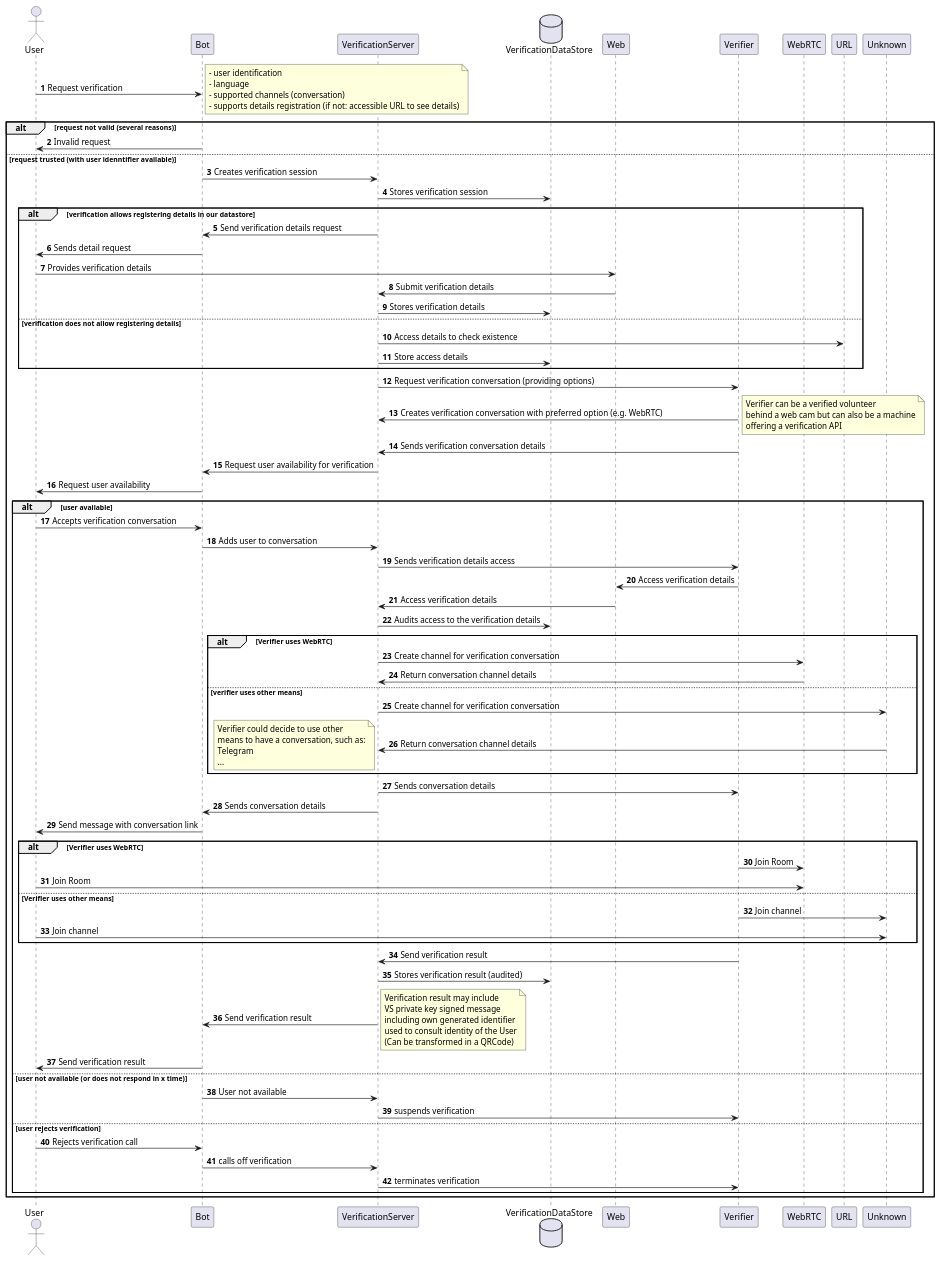
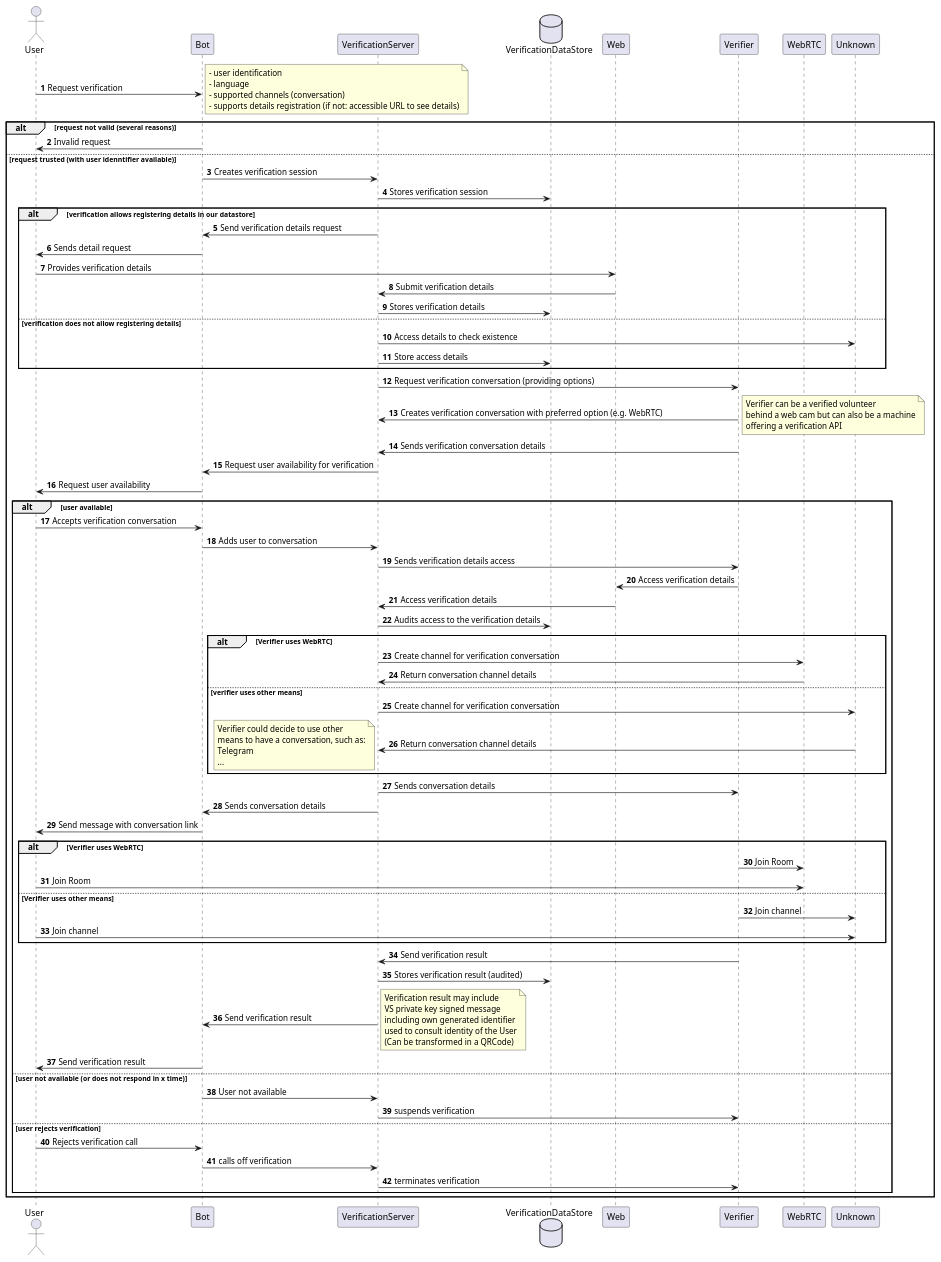
One commit to etux/verification-server changed the diagram in docs/diagrams/sequence_diagram_verificatoin.puml. Above: the diagram before and after it, drawn with PlantUML. The commit also changed 5 other files, not shown here.

```diff
--- a/docs/diagrams/sequence_diagram_verificatoin.puml
+++ b/docs/diagrams/sequence_diagram_verificatoin.puml
@@ -1,98 +1,98 @@
 @startuml
 autonumber
 
 actor User
 
 participant Bot
 
 participant VerificationServer as VS
 database VerificationDataStore as VSDS
 
 participant Web
 participant Verifier
 participant WebRTC
 
 User -> Bot: Request verification
 note right
 - user identification
 - language
 - supported channels (conversation)
 - supports details registration (if not: accessible URL to see details)
 endnote
 alt request not valid (several reasons)
     Bot -> User: Invalid request
 else request trusted (with user idenntifier available)
     Bot -> VS: Creates verification session
     VS -> VSDS: Stores verification session
     alt verification allows registering details in our datastore
         VS -> Bot: Send verification details request
         Bot -> User: Sends detail request
         User -> Web: Provides verification details
         Web -> VS: Submit verification details
         VS -> VSDS: Stores verification details
     else verification does not allow registering details
-        VS -> URL: Access details to check existence
+        VS -> Unknown: Access details to check existence
         VS -> VSDS: Store access details
     end
     VS -> Verifier: Request verification conversation (providing options)
     Verifier -> VS: Creates verification conversation with preferred option (e.g. WebRTC)
     note right
     Verifier can be a verified volunteer
     behind a web cam but can also be a machine
     offering a verification API
     endnote
     Verifier -> VS: Sends verification conversation details
     VS -> Bot: Request user availability for verification
     Bot -> User: Request user availability
     alt user available
         User -> Bot: Accepts verification conversation
         Bot -> VS: Adds user to conversation
         VS -> Verifier: Sends verification details access
         Verifier -> Web: Access verification details
         Web -> VS: Access verification details
         VS -> VSDS: Audits access to the verification details
         alt Verifier uses WebRTC
             VS -> WebRTC: Create channel for verification conversation
             WebRTC -> VS: Return conversation channel details
         else verifier uses other means
             VS -> Unknown: Create channel for verification conversation
             Unknown -> VS: Return conversation channel details
             note left
             Verifier could decide to use other
             means to have a conversation, such as:
             Telegram
             ...
             endnote
         end
         VS -> Verifier: Sends conversation details
         VS -> Bot: Sends conversation details
         Bot -> User: Send message with conversation link
         alt Verifier uses WebRTC
             Verifier -> WebRTC: Join Room
             User -> WebRTC: Join Room
         else Verifier uses other means
             Verifier -> Unknown: Join channel
             User -> Unknown: Join channel
         end
         Verifier -> VS: Send verification result
         VS -> VSDS: Stores verification result (audited)
         VS -> Bot: Send verification result
         note right
         Verification result may include
         VS private key signed message
         including own generated identifier
         used to consult identity of the User
         (Can be transformed in a QRCode)
         endnote
         Bot -> User: Send verification result
     else user not available (or does not respond in x time)
         Bot -> VS: User not available
         VS -> Verifier: suspends verification
     else user rejects verification
         User -> Bot: Rejects verification call
         Bot -> VS: calls off verification
         VS -> Verifier: terminates verification
     end
 end
 
 @enduml
```
